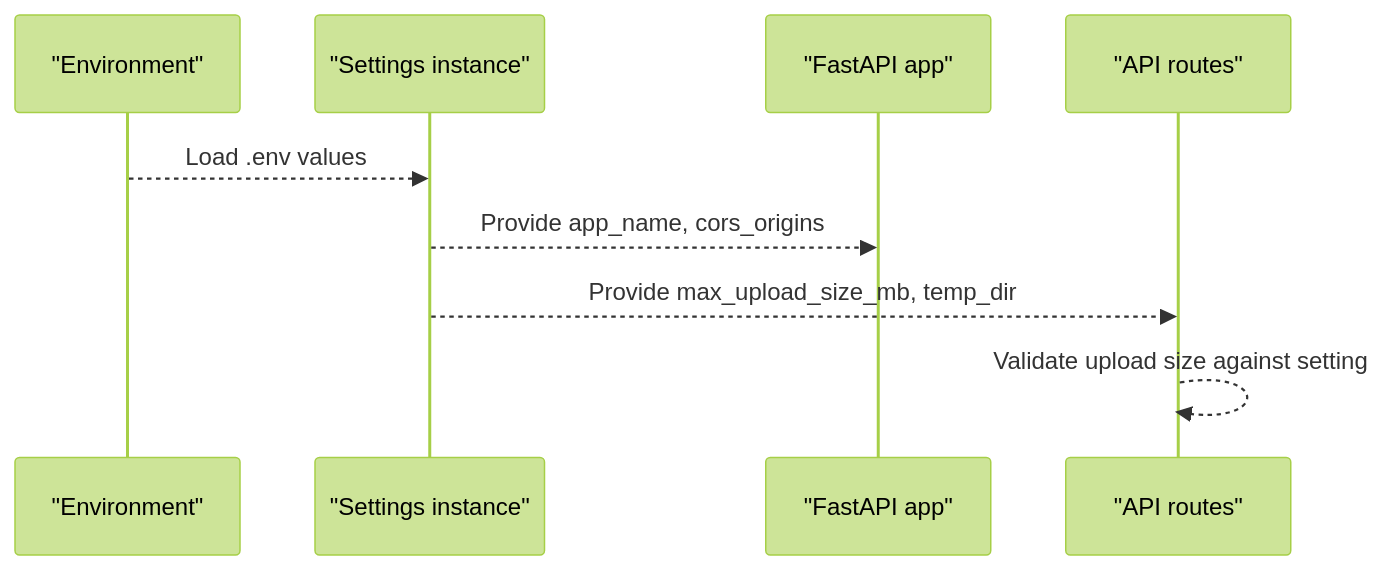
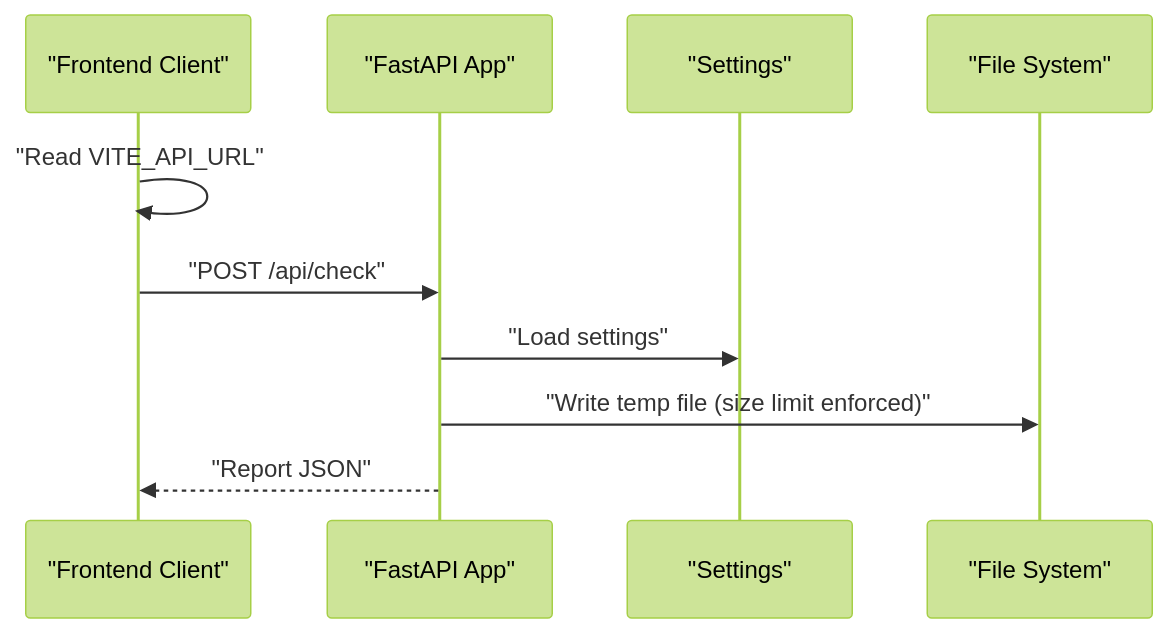
The second of 6 diagrams in .qoder/repowiki/en/content/Configuration Management.md (geekeraman/dissertation-checker), drawn with Mermaid (forest theme) before and after one commit. The commit also changed other lines of this file and 88 other files, not shown here.

````diff
--- a/.qoder/repowiki/en/content/Configuration Management.md
+++ b/.qoder/repowiki/en/content/Configuration Management.md
@@ -81,11 +95,12 @@
 ```mermaid
 sequenceDiagram
-participant Env as "Environment"
-participant Settings as "Settings instance"
-participant App as "FastAPI app"
-participant Routes as "API routes"
-Env-->>Settings : Load .env values
-Settings-->>App : Provide app_name, cors_origins
-Settings-->>Routes : Provide max_upload_size_mb, temp_dir
-Routes-->>Routes : Validate upload size against setting
+participant FE as "Frontend Client"
+participant BE as "FastAPI App"
+participant CFG as "Settings"
+participant FS as "File System"
+FE->>FE : "Read VITE_API_URL"
+FE->>BE : "POST /api/check"
+BE->>CFG : "Load settings"
+BE->>FS : "Write temp file (size limit enforced)"
+BE-->>FE : "Report JSON"
 ```
````
